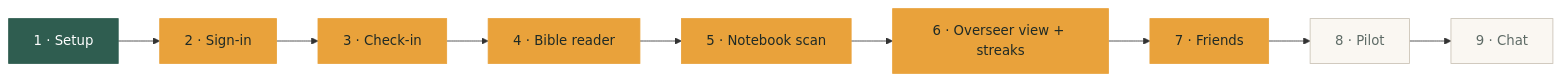
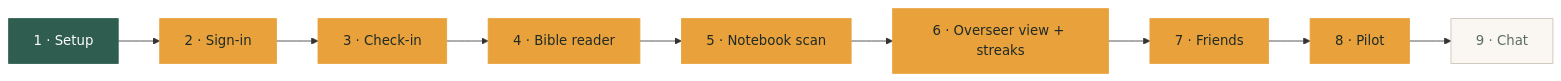
The diagram in README.md (mannigoy/Abide), drawn with Mermaid before and after one commit. The commit also changed other lines of this file and 28 other files, not shown here.

````diff
--- a/README.md
+++ b/README.md
@@ -22,9 +22,9 @@
 ```mermaid
 flowchart LR
   P1["1 · Setup"]:::done --> P2["2 · Sign-in"]:::wip --> P3["3 · Check-in"]:::wip --> P4["4 · Bible reader"]:::wip --> P5["5 · Notebook scan"]:::wip
-  P5 --> P6["6 · Overseer view + streaks"]:::wip --> P7["7 · Friends"]:::wip --> P8["8 · Pilot"]:::todo --> P9["9 · Chat"]:::todo
+  P5 --> P6["6 · Overseer view + streaks"]:::wip --> P7["7 · Friends"]:::wip --> P8["8 · Pilot"]:::wip --> P9["9 · Chat"]:::todo
 
   classDef done fill:#2F5D50,stroke:#2F5D50,color:#FFFFFF
   classDef wip fill:#E9A23B,stroke:#E9A23B,color:#1F2A26
   classDef todo fill:#FAF7F2,stroke:#C9C1B4,color:#5E6B66
 ```
````
